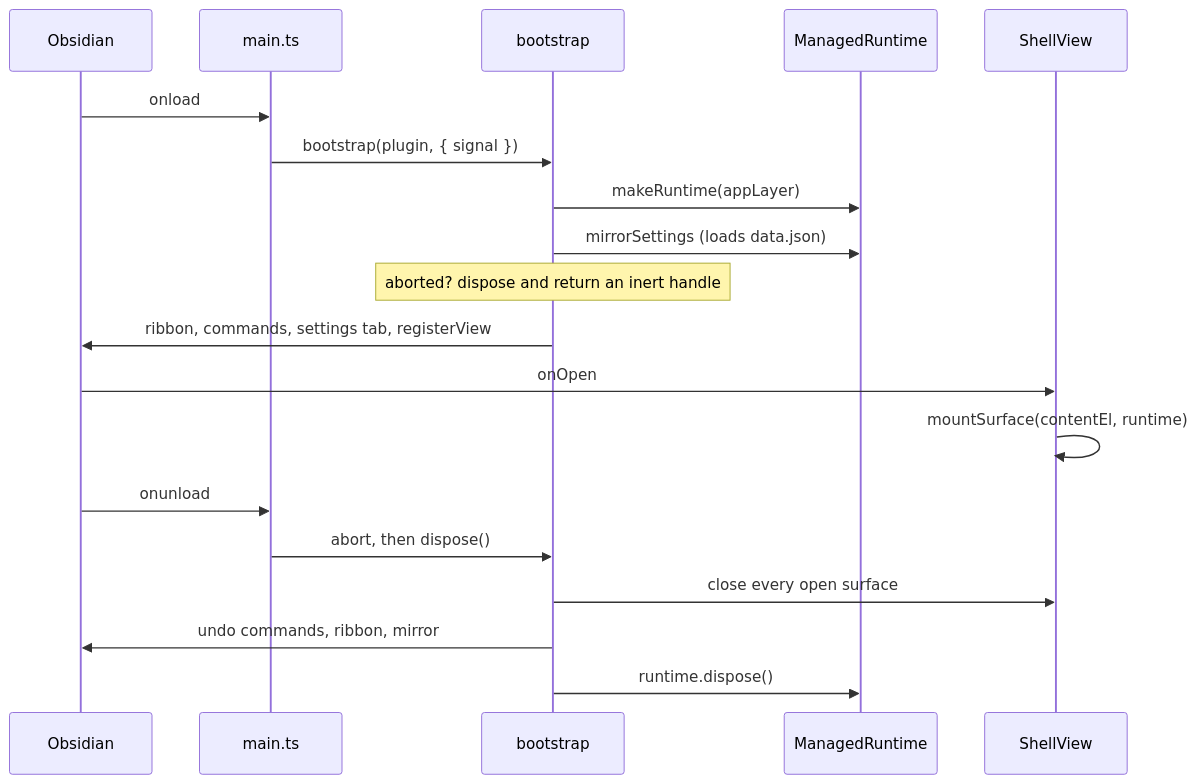
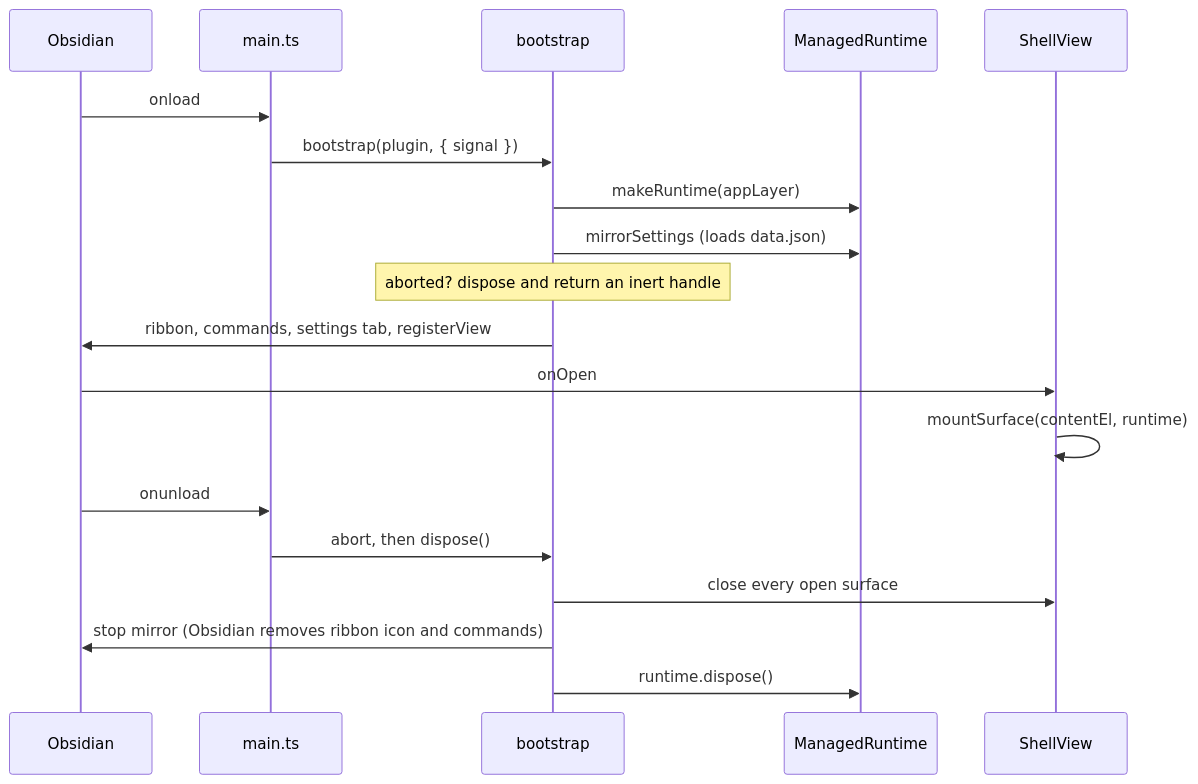
One commit to Luis85/weg-manager changed the second of 2 diagrams in docs/engineering/architecture.md. Above: the diagram before and after it, drawn with Mermaid. The commit also changed other lines of this file and 18 other files, not shown here.

````diff
--- a/docs/engineering/architecture.md
+++ b/docs/engineering/architecture.md
@@ -44,21 +44,21 @@
 ```mermaid
 sequenceDiagram
   participant O as Obsidian
   participant M as main.ts
   participant B as bootstrap
   participant R as ManagedRuntime
   participant V as ShellView
   O->>M: onload
   M->>B: bootstrap(plugin, { signal })
   B->>R: makeRuntime(appLayer)
   B->>R: mirrorSettings (loads data.json)
   Note over B: aborted? dispose and return an inert handle
   B->>O: ribbon, commands, settings tab, registerView
   O->>V: onOpen
   V->>V: mountSurface(contentEl, runtime)
   O->>M: onunload
   M->>B: abort, then dispose()
   B->>V: close every open surface
-  B->>O: undo commands, ribbon, mirror
+  B->>O: stop mirror (Obsidian removes ribbon icon and commands)
   B->>R: runtime.dispose()
 ```
````
